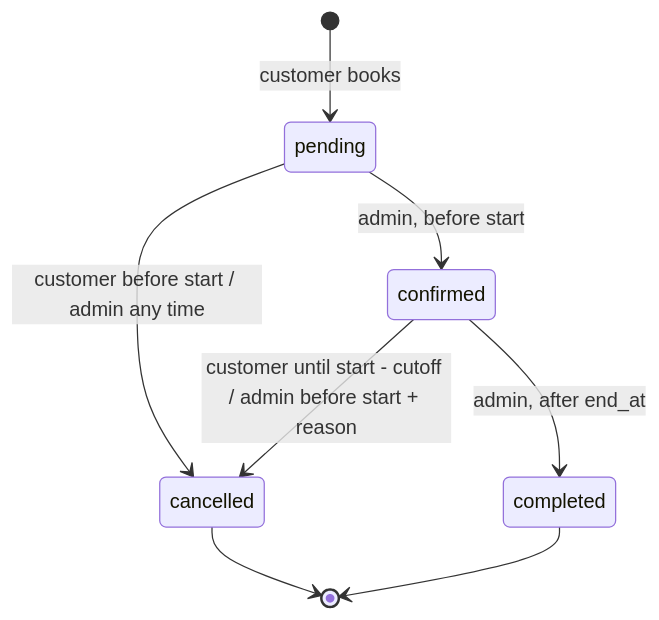
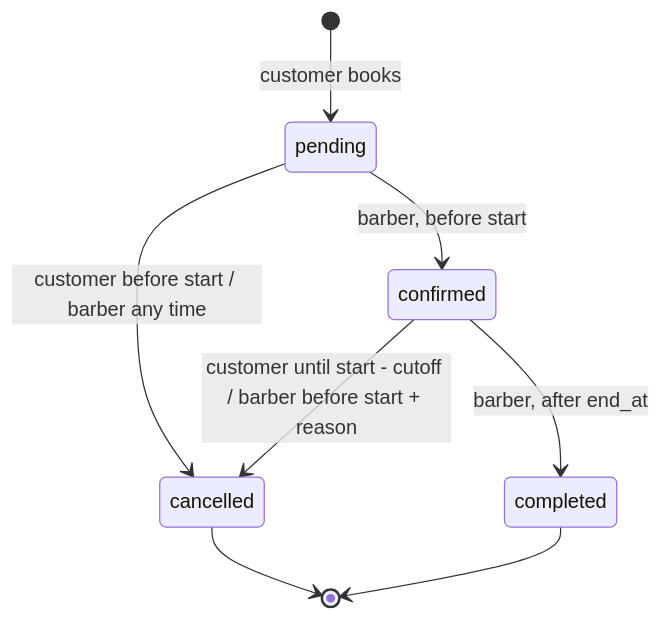
Before and after one commit to suhaylshokirov/booking-system-for-mohirlar: the second of 2 diagrams in docs/architecture.md, drawn with Mermaid. The commit also changed other lines of this file and 101 other files, not shown here.

````diff
--- a/docs/architecture.md
+++ b/docs/architecture.md
@@ -135,10 +135,10 @@
 ```mermaid
 stateDiagram-v2
     [*] --> pending: customer books
-    pending --> confirmed: admin, before start
-    pending --> cancelled: customer before start / admin any time
-    confirmed --> cancelled: customer until start - cutoff / admin before start + reason
-    confirmed --> completed: admin, after end_at
+    pending --> confirmed: barber, before start
+    pending --> cancelled: customer before start / barber any time
+    confirmed --> cancelled: customer until start - cutoff / barber before start + reason
+    confirmed --> completed: barber, after end_at
     cancelled --> [*]
     completed --> [*]
 ```
````
